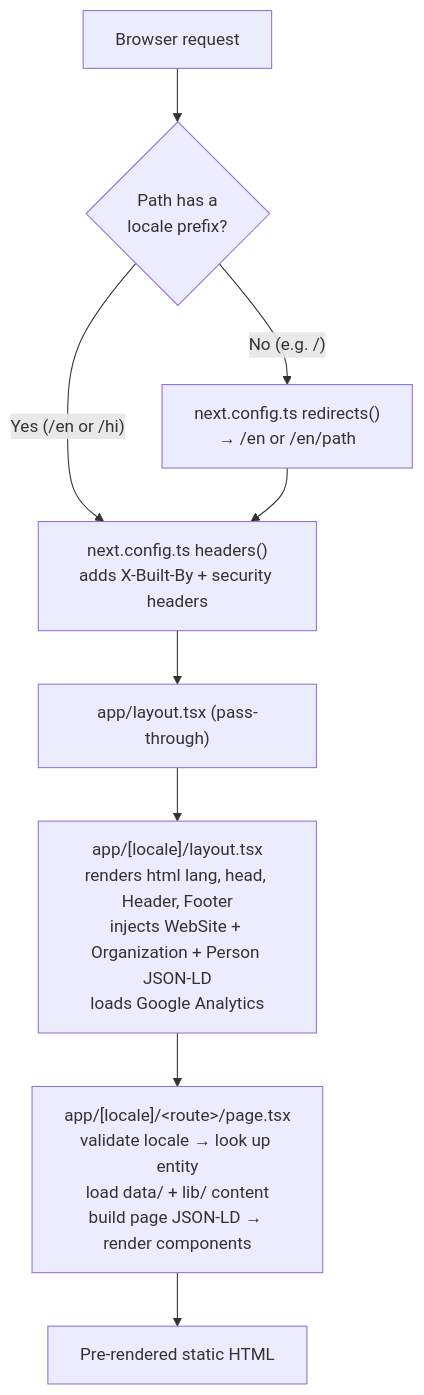
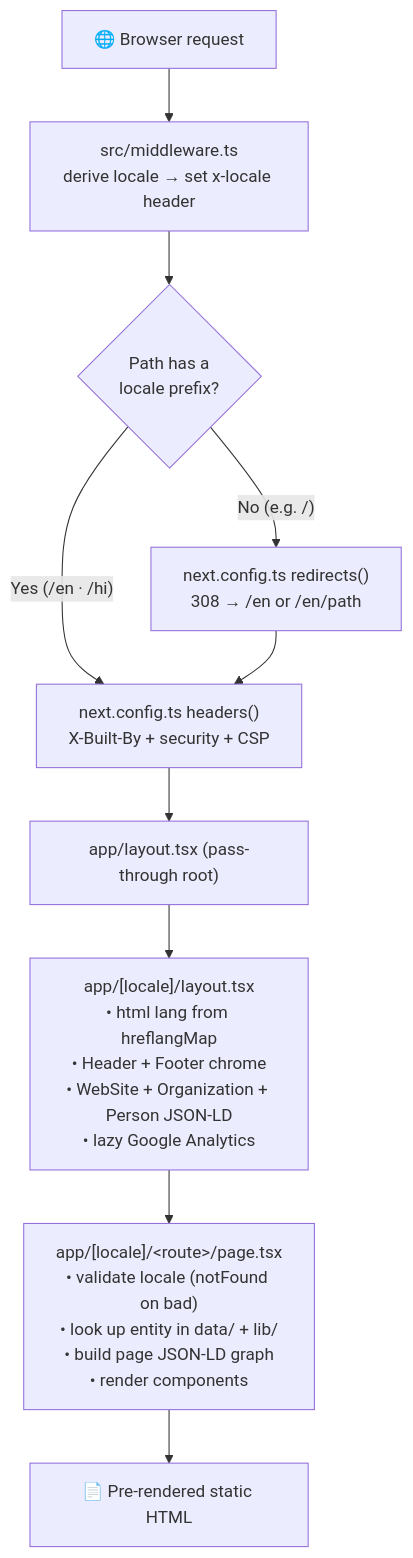
Before and after one commit to devxkamlesh/rajssoguide: the first of 2 diagrams in docs/02 - Architecture.md, drawn with Mermaid. The commit also changed other lines of this file and 67 other files, not shown here.

````diff
--- a/docs/02 - Architecture.md
+++ b/docs/02 - Architecture.md
@@ -14,11 +14,12 @@
 ```mermaid
 flowchart TD
-    U["Browser request"] --> RD{"Path has a<br/>locale prefix?"}
-    RD -- "No (e.g. /)" --> NR["next.config.ts redirects()<br/>→ /en or /en/path"]
-    RD -- "Yes (/en or /hi)" --> H["next.config.ts headers()<br/>adds X-Built-By + security headers"]
-    NR --> H
-    H --> RL["app/layout.tsx (pass-through)"]
-    RL --> LL["app/[locale]/layout.tsx<br/>renders html lang, head, Header, Footer<br/>injects WebSite + Organization + Person JSON-LD<br/>loads Google Analytics"]
-    LL --> PG["app/[locale]/&lt;route&gt;/page.tsx<br/>validate locale → look up entity<br/>load data/ + lib/ content<br/>build page JSON-LD → render components"]
-    PG --> HTML["Pre-rendered static HTML"]
+    U["🌐 Browser request"] --> MW["src/middleware.ts<br/>derive locale → set x-locale header"]
+    MW --> RD{"Path has a<br/>locale prefix?"}
+    RD -- "No (e.g. /)" --> NR["next.config.ts redirects()<br/>308 → /en or /en/path"]
+    RD -- "Yes (/en · /hi)" --> HD["next.config.ts headers()<br/>X-Built-By + security + CSP"]
+    NR --> HD
+    HD --> RL["app/layout.tsx (pass-through root)"]
+    RL --> LL["app/[locale]/layout.tsx<br/>• html lang from hreflangMap<br/>• Header + Footer chrome<br/>• WebSite + Organization + Person JSON-LD<br/>• lazy Google Analytics"]
+    LL --> PG["app/[locale]/&lt;route&gt;/page.tsx<br/>• validate locale (notFound on bad)<br/>• look up entity in data/ + lib/<br/>• build page JSON-LD graph<br/>• render components"]
+    PG --> HTML["📄 Pre-rendered static HTML"]
 ```
````
